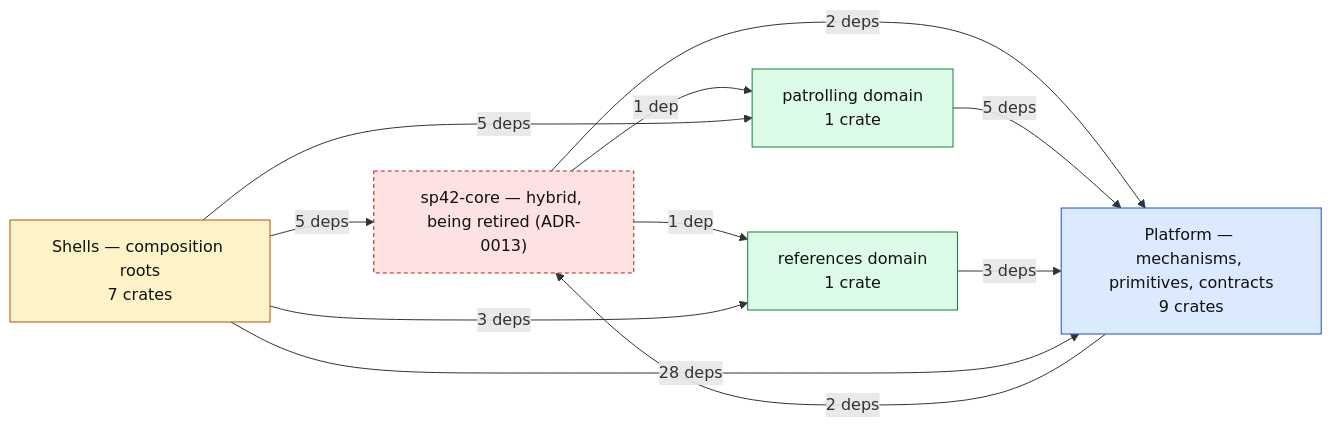
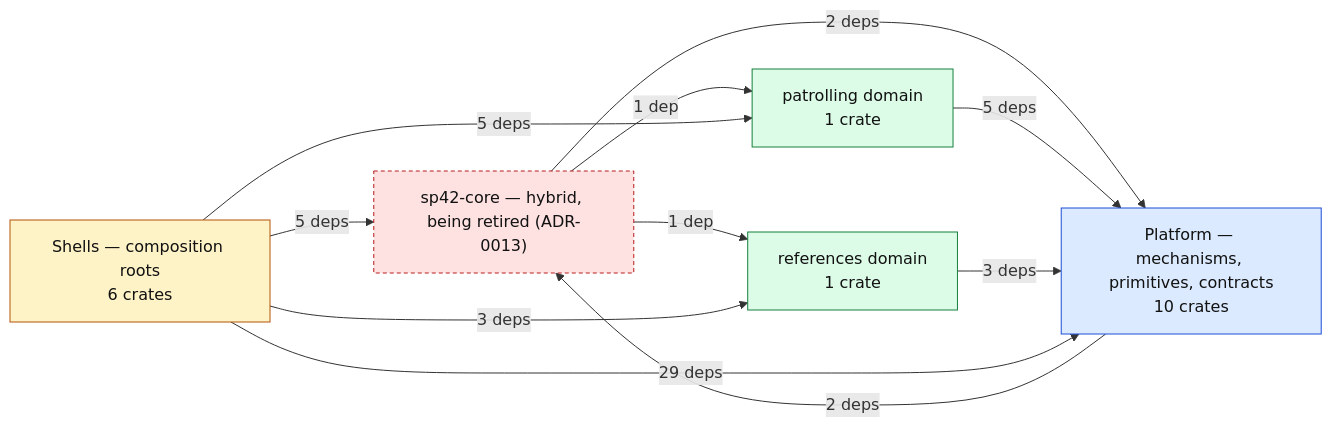
The first of 2 diagrams in docs/platform/architecture.md (schiste/SP42), drawn with Mermaid before and after one commit. The commit also changed other lines of this file and 2 other files, not shown here.

Commit message:
Classify sp42-ui as platform, not a shell (#128)
sp42-ui is a reusable, presentation-only component library (leptos +
medium-independent semantic types) consumed by the app/desktop shells —
a second-consumer-by-design mechanism, which is the platform test, not a
composition root. It depends on no workspace crate today, so the
reclassification is a pure LAYER-map change.

Beyond fixing the taxonomy/ADR mismatch, platform classification
mechanically enforces ADR-0005's central rule that sp42-ui takes no
domain dependency (a domain-typed widget like ActionBar lives in the
shell): the layer check now fails if sp42-ui ever gains a domain or
shell edge. Adds a layer note to ADR-0005 and regenerates the
architecture map (sp42-ui moves to the platform group).

Claude-Session: https://claude.ai/code/session_01FWVy56w8xjBRQKwC94Har3

````diff
--- a/docs/platform/architecture.md
+++ b/docs/platform/architecture.md
@@ -21,22 +21,22 @@
 ```mermaid
 flowchart LR
-  G_shell["Shells — composition roots<br/>7 crates"]:::shell
+  G_shell["Shells — composition roots<br/>6 crates"]:::shell
   G_patrolling["patrolling domain<br/>1 crate"]:::domain
   G_references["references domain<br/>1 crate"]:::domain
   G_hybrid["sp42-core — hybrid, being retired (ADR-0013)"]:::hybrid
-  G_platform["Platform — mechanisms, primitives, contracts<br/>9 crates"]:::platform
+  G_platform["Platform — mechanisms, primitives, contracts<br/>10 crates"]:::platform
   G_hybrid -->|1 dep| G_patrolling
   G_hybrid -->|2 deps| G_platform
   G_hybrid -->|1 dep| G_references
   G_patrolling -->|5 deps| G_platform
   G_platform -->|2 deps| G_hybrid
   G_references -->|3 deps| G_platform
   G_shell -->|5 deps| G_hybrid
   G_shell -->|5 deps| G_patrolling
-  G_shell -->|28 deps| G_platform
+  G_shell -->|29 deps| G_platform
   G_shell -->|3 deps| G_references
   classDef shell fill:#fef3c7,stroke:#b45309,color:#111
   classDef domain fill:#dcfce7,stroke:#15803d,color:#111
   classDef platform fill:#dbeafe,stroke:#1d4ed8,color:#111
   classDef hybrid fill:#fee2e2,stroke:#b91c1c,color:#111,stroke-dasharray: 4 3
 ```
````
